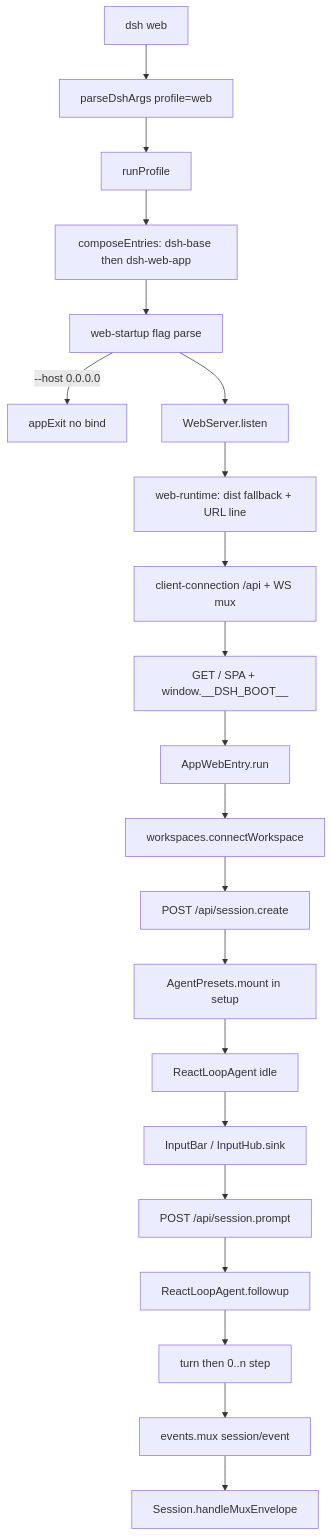
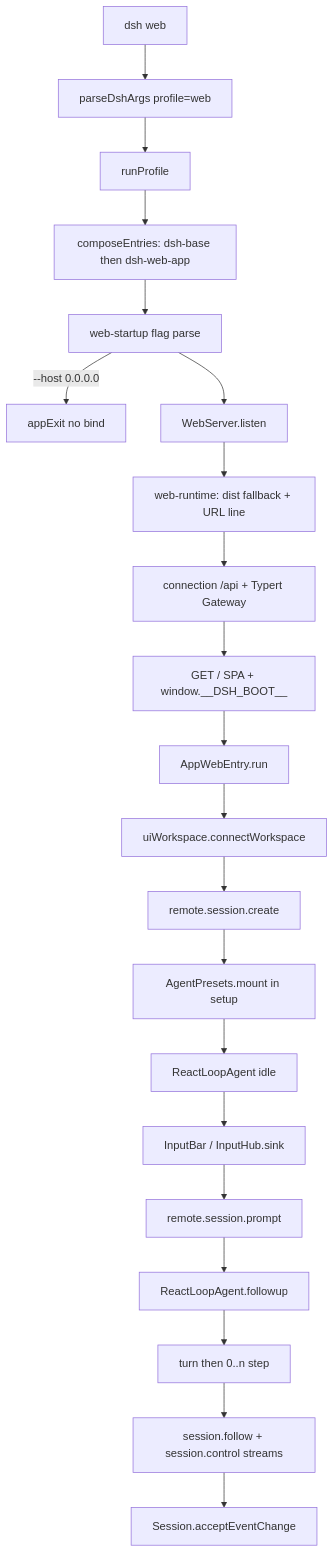
One commit to wdnmdtonyma/SOTA-Agent-LLM-Wiki changed the diagram in docs/llm-wiki/deepseek-harness/spine/trace-web-first-prompt.md. Above: the diagram before and after it, drawn with Mermaid. The commit also changed other lines of this file and 217 other files, not shown here.

````diff
--- a/docs/llm-wiki/deepseek-harness/spine/trace-web-first-prompt.md
+++ b/docs/llm-wiki/deepseek-harness/spine/trace-web-first-prompt.md
@@ -59,23 +61,23 @@
 ```mermaid
 flowchart TD
   argv["dsh web"] --> parse["parseDshArgs profile=web"]
   parse --> run["runProfile"]
   run --> compose["composeEntries: dsh-base then dsh-web-app"]
   compose --> flags["web-startup flag parse"]
   flags -->|"--host 0.0.0.0"| die["appExit no bind"]
   flags --> listen["WebServer.listen"]
   listen --> glue["web-runtime: dist fallback + URL line"]
-  glue --> api["client-connection /api + WS mux"]
+  glue --> api["connection /api + Typert Gateway"]
   api --> page["GET / SPA + window.__DSH_BOOT__"]
   page --> shell["AppWebEntry.run"]
-  shell --> pick["workspaces.connectWorkspace"]
-  pick --> create["POST /api/session.create"]
+  shell --> pick["uiWorkspace.connectWorkspace"]
+  pick --> create["remote.session.create"]
   create --> preset["AgentPresets.mount in setup"]
   preset --> idle["ReactLoopAgent idle"]
   idle --> submit["InputBar / InputHub.sink"]
-  submit --> prompt["POST /api/session.prompt"]
+  submit --> prompt["remote.session.prompt"]
   prompt --> follow["ReactLoopAgent.followup"]
   follow --> turn["turn then 0..n step"]
-  turn --> mux["events.mux session/event"]
-  mux --> ui["Session.handleMuxEnvelope"]
+  turn --> mux["session.follow + session.control streams"]
+  mux --> ui["Session.acceptEventChange"]
 ```
````
